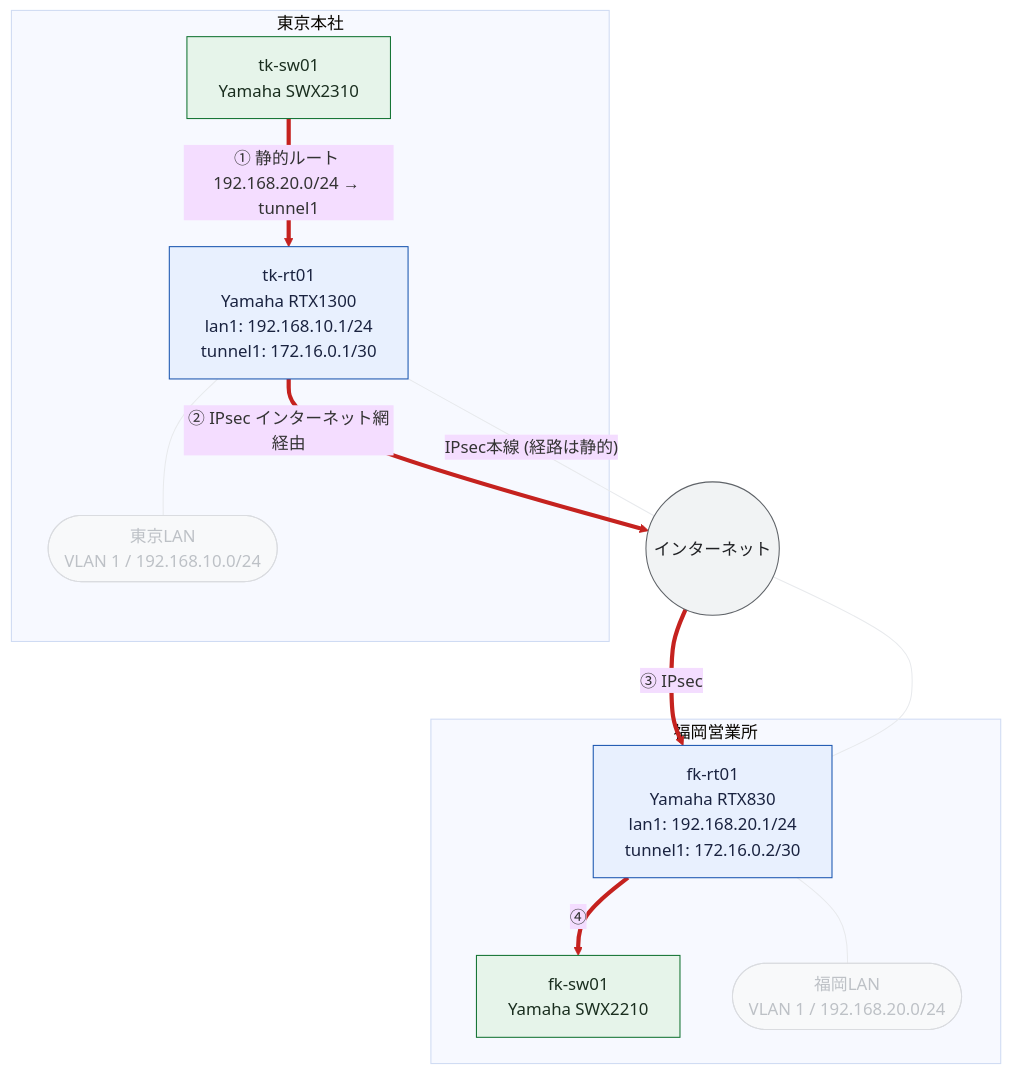
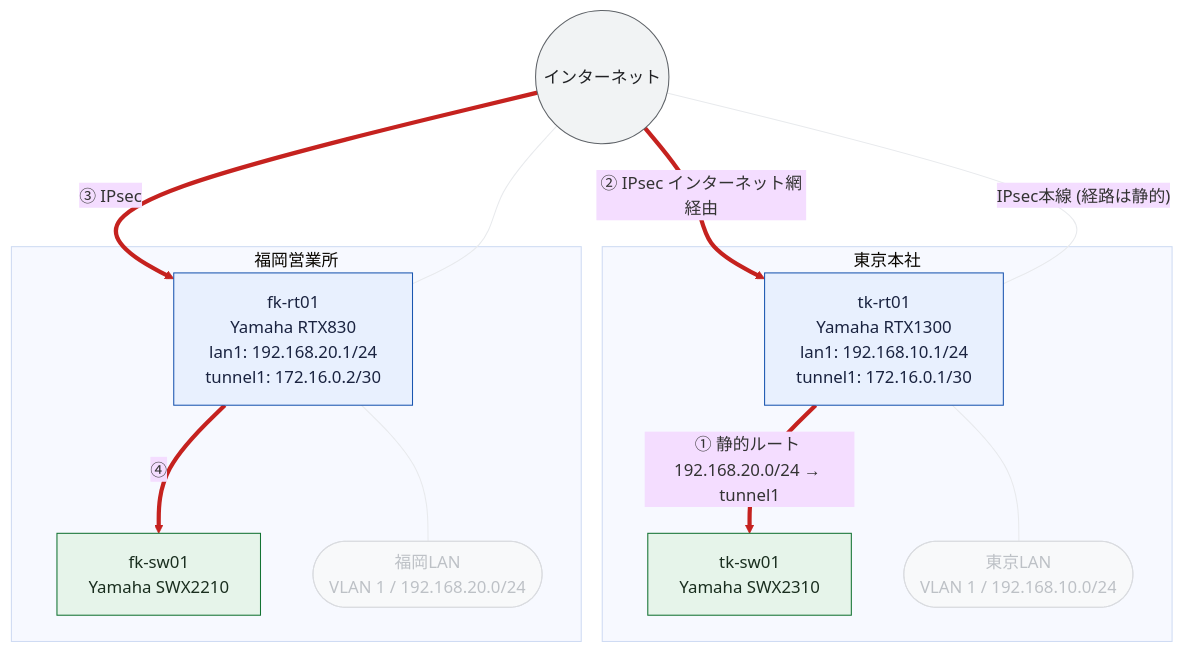
One commit to thinas1115/nwdsl changed the diagram in examples/two-site-ipsec/generated/path-normal.mmd. Above: the diagram before and after it, drawn with Mermaid (base theme). The commit also changed 21 other files, not shown here.

First line of the commit message:
経路図の矢印反転がレイアウトの階層を壊す問題を修正

```diff
--- a/examples/two-site-ipsec/generated/path-normal.mmd
+++ b/examples/two-site-ipsec/generated/path-normal.mmd
@@ -1,38 +1,38 @@
 flowchart TB
   subgraph sg_tokyo["東京本社"]
     tk_rt01["tk-rt01<br>Yamaha RTX1300<br>lan1: 192.168.10.1/24<br>tunnel1: 172.16.0.1/30"]
     tk_sw01["tk-sw01<br>Yamaha SWX2310"]
     seg__tk_lan(["東京LAN<br>VLAN 1 / 192.168.10.0/24"])
   end
   subgraph sg_fukuoka["福岡営業所"]
     fk_rt01["fk-rt01<br>Yamaha RTX830<br>lan1: 192.168.20.1/24<br>tunnel1: 172.16.0.2/30"]
     fk_sw01["fk-sw01<br>Yamaha SWX2210"]
     seg__fk_lan(["福岡LAN<br>VLAN 1 / 192.168.20.0/24"])
   end
   internet(("インターネット"))
-  tk_sw01 -->|"① 静的ルート 192.168.20.0/24 → tunnel1"| tk_rt01
+  tk_rt01 -->|"① 静的ルート 192.168.20.0/24 → tunnel1"| tk_sw01
   fk_rt01 -->|"④"| fk_sw01
-  tk_rt01 -->|"② IPsec インターネット網経由"| internet
+  internet -->|"② IPsec インターネット網経由"| tk_rt01
   internet -->|"③ IPsec"| fk_rt01
   internet ---|"IPsec本線 (経路は静的)"| tk_rt01
   internet --- fk_rt01
   tk_rt01 --- seg__tk_lan
   fk_rt01 --- seg__fk_lan
 
   classDef node_dim fill:#f8f9fa,stroke:#dadce0,color:#bdc1c6
   classDef node_failed fill:#fce8e6,stroke:#c5221f,color:#3c1a19
   classDef role_router fill:#e8f0fe,stroke:#1a56b0,color:#1a2340
   classDef role_l3switch fill:#d2e3fc,stroke:#1a56b0,color:#1a2340
   classDef role_l2switch fill:#e6f4ea,stroke:#137333,color:#1a2e1f
   classDef role_firewall fill:#fce8e6,stroke:#c5221f,color:#3c1a19
   classDef role_other fill:#f1f3f4,stroke:#5f6368,color:#202124
   classDef node_cloud fill:#f1f3f4,stroke:#5f6368,color:#202124
   classDef node_site fill:#fff8e1,stroke:#b58105,color:#4a3a08
   classDef node_segment fill:#e2f5f0,stroke:#0f766e,color:#0b3d38
   classDef node_external fill:#ffffff,stroke:#9aa0a6,stroke-dasharray:3 3,color:#5f6368
   class tk_rt01,fk_rt01 role_router
   class tk_sw01,fk_sw01 role_l2switch
   class internet node_cloud
   class seg__tk_lan,seg__fk_lan node_dim
   linkStyle 0,1,2,3 stroke:#c5221f,stroke-width:4px
   linkStyle 4,5,6,7 stroke:#e8eaed,stroke-width:1px
```
